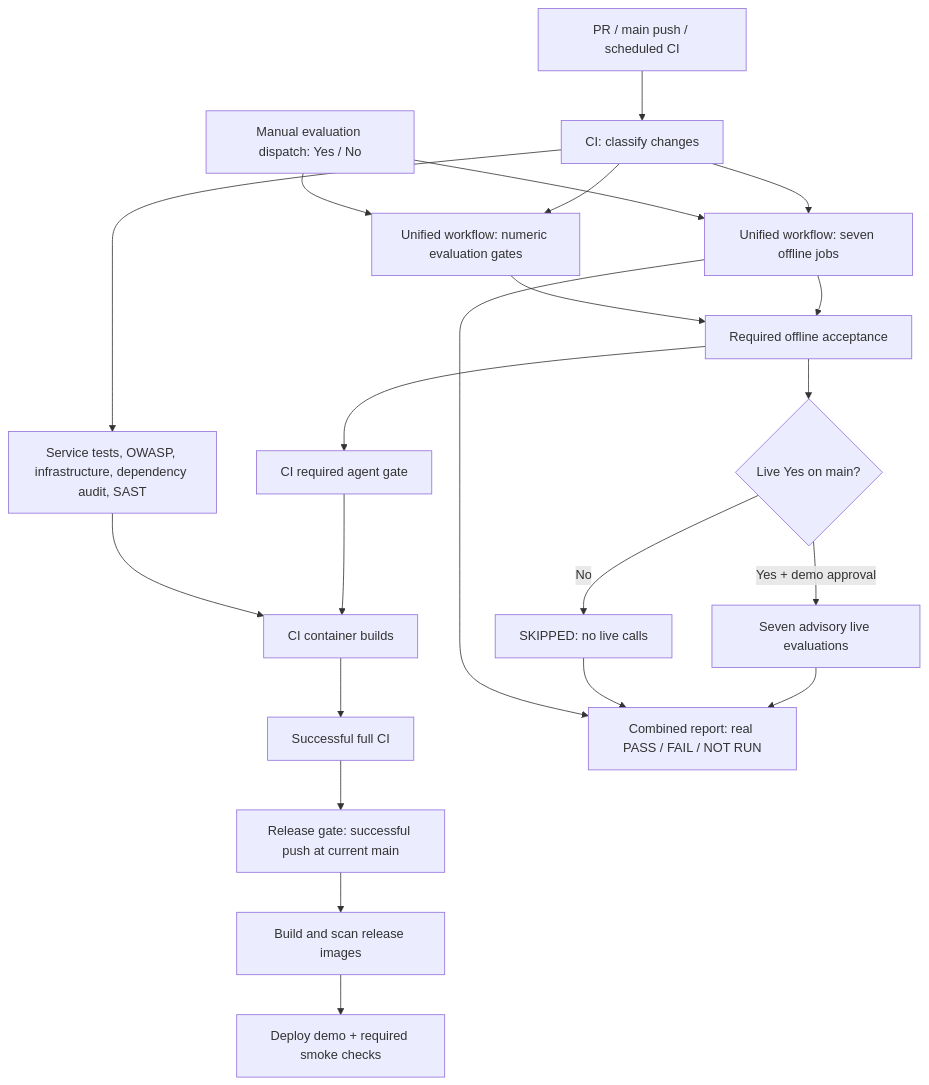
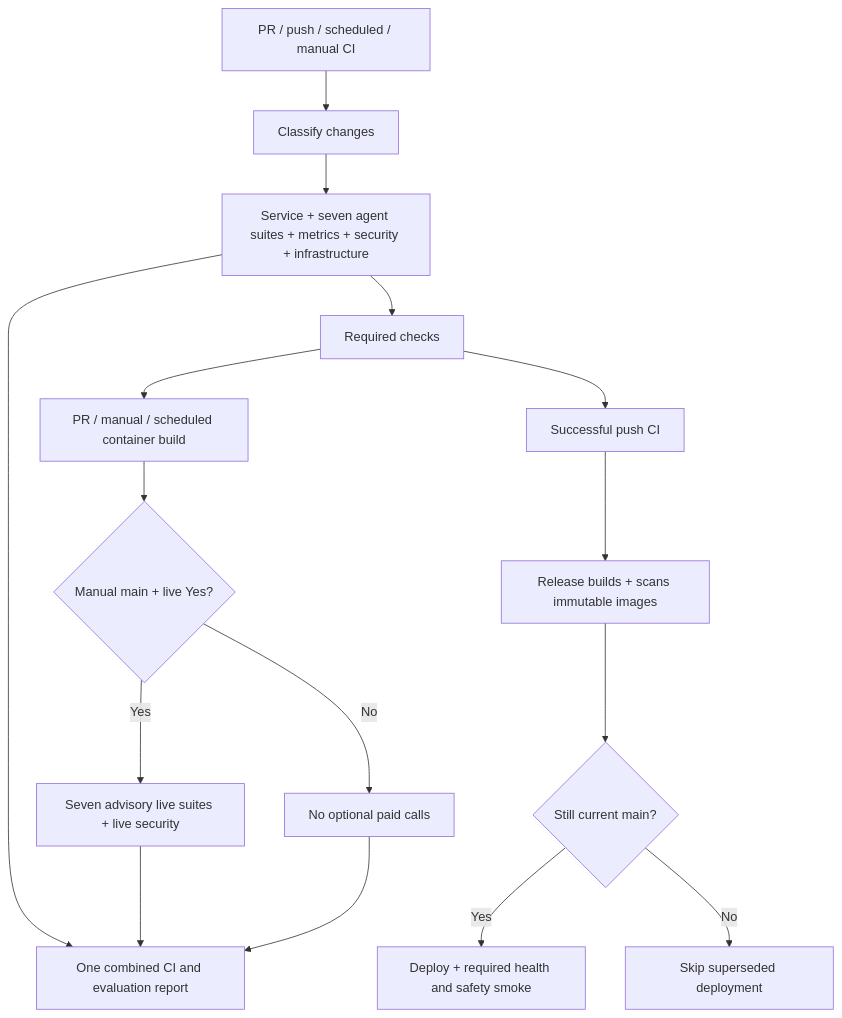
The diagram in docs/agent-test-workflows.md (Seanleng99/nus-iss-ais-team9), drawn with Mermaid before and after one commit. The commit also changed other lines of this file and 30 other files, not shown here.

Commit message:
ci: unify test workflows and skip superseded deployments

````diff
--- a/docs/agent-test-workflows.md
+++ b/docs/agent-test-workflows.md
@@ -82,24 +80,18 @@
 ```mermaid
 flowchart TD
-    Push[PR / main push / scheduled CI] --> Changes[CI: classify changes]
-    Changes --> Offline[Unified workflow: seven offline jobs]
-    Changes --> Metrics[Unified workflow: numeric evaluation gates]
-    Offline --> Required[Required offline acceptance]
-    Metrics --> Required
-    Required --> Gate[CI required agent gate]
-    Changes --> Other[Service tests, OWASP, infrastructure, dependency audit, SAST]
-    Gate --> Build[CI container builds]
-    Other --> Build
-    Build --> CI[Successful full CI]
-    CI --> ReleaseGate[Release gate: successful push at current main]
-    ReleaseGate --> Images[Build and scan release images]
-    Images --> AWS[Deploy demo + required smoke checks]
-    Manual[Manual evaluation dispatch: Yes / No] --> Offline
-    Manual --> Metrics
-    Required --> Choice{Live Yes on main?}
-    Choice -->|Yes + demo approval| Live[Seven advisory live evaluations]
-    Choice -->|No| Skip[SKIPPED: no live calls]
-    Live --> Report[Combined report: real PASS / FAIL / NOT RUN]
-    Skip --> Report
-    Offline --> Report
+    Start[PR / push / scheduled / manual CI] --> Changes[Classify changes]
+    Changes --> Tests[Service + seven agent suites + metrics + security + infrastructure]
+    Tests --> Gate[Required checks]
+    Gate --> PRBuild[PR / manual / scheduled container build]
+    Gate --> PushCI[Successful push CI]
+    PushCI --> Release[Release builds + scans immutable images]
+    Release --> Fresh{Still current main?}
+    Fresh -->|Yes| Deploy[Deploy + required health and safety smoke]
+    Fresh -->|No| Skip[Skip superseded deployment]
+    PRBuild --> Choice{Manual main + live Yes?}
+    Choice -->|Yes| Live[Seven advisory live suites + live security]
+    Choice -->|No| NoLive[No optional paid calls]
+    Tests --> Report[One combined CI and evaluation report]
+    Live --> Report
+    NoLive --> Report
 ```
````
